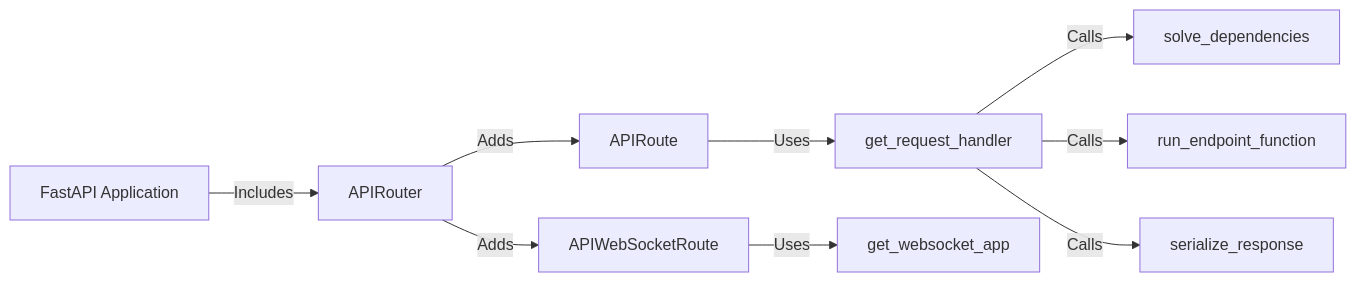
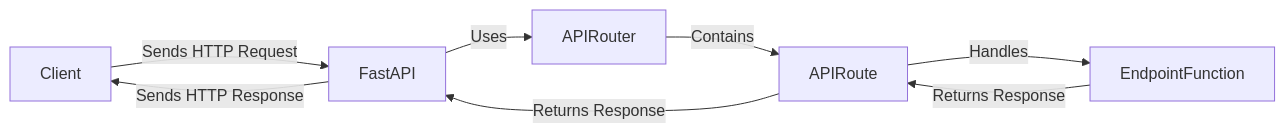
The diagram in fastapi/Routing.md (CodeBoarding/GeneratedOnBoardings), drawn with Mermaid before and after one commit. The commit also changed other lines of this file and 10 other files, not shown here.

````diff
--- a/fastapi/Routing.md
+++ b/fastapi/Routing.md
@@ -1,11 +7,10 @@
 ```mermaid
 graph LR
-    FastAPI[FastAPI Application] -- Includes --> APIRouter
-    APIRouter -- Adds --> APIRoute
-    APIRouter -- Adds --> APIWebSocketRoute
-    APIRoute -- Uses --> get_request_handler
-    APIWebSocketRoute -- Uses --> get_websocket_app
-    get_request_handler -- Calls --> solve_dependencies
-    get_request_handler -- Calls --> run_endpoint_function
-    get_request_handler -- Calls --> serialize_response
+    Client--Sends HTTP Request-->FastAPI
+    FastAPI--Uses-->APIRouter
+    APIRouter--Contains-->APIRoute
+    APIRoute--Handles-->EndpointFunction
+    EndpointFunction--Returns Response-->APIRoute
+    APIRoute--Returns Response-->FastAPI
+    FastAPI--Sends HTTP Response-->Client
 ```
````
